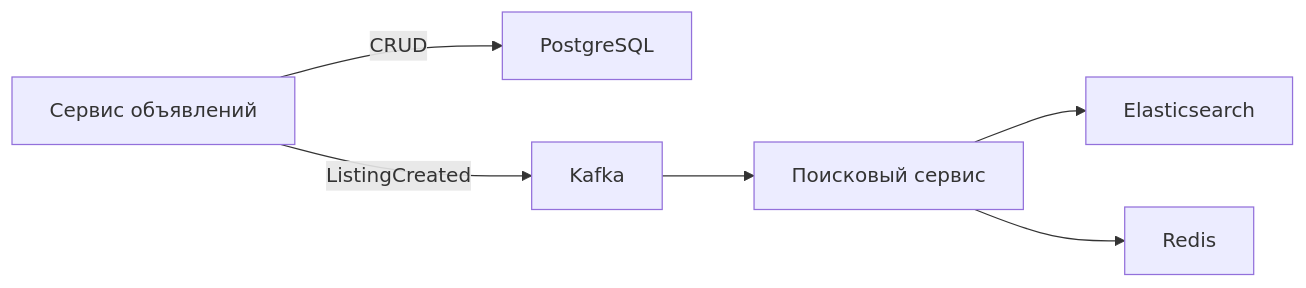
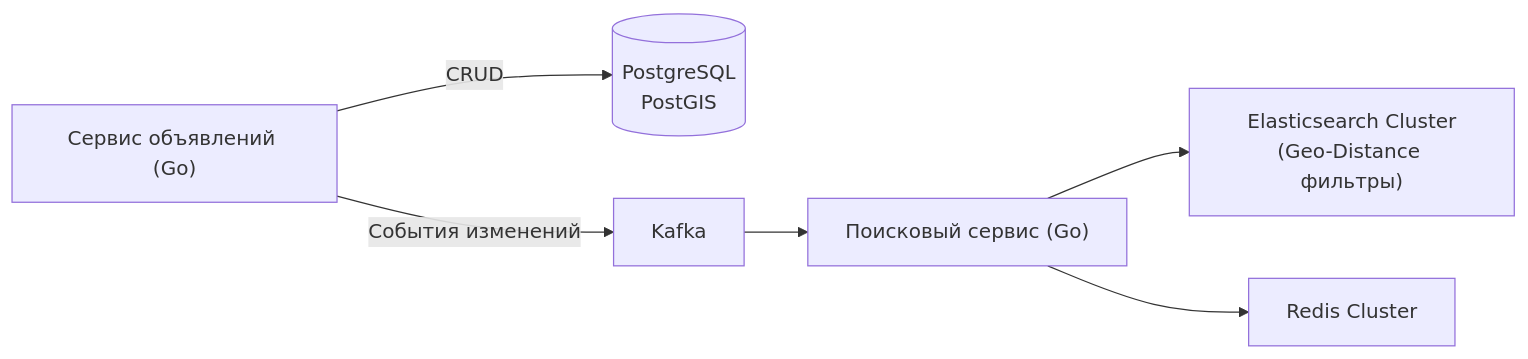
One commit to UnrealTemplier/go-textbook changed the seventh of 10 diagrams in sources/11. Архитектура и System Design/52. Разбор типичных System Design задач.md. Above: the diagram before and after it, drawn with Mermaid. The commit also changed other lines of this file, not shown here.

````diff
--- a/sources/11. Архитектура и System Design/52. Разбор типичных System Design задач.md
+++ b/sources/11. Архитектура и System Design/52. Разбор типичных System Design задач.md
@@ -306,13 +342,12 @@
 ```mermaid
 flowchart LR
-    ListingSvc["Сервис объявлений"]
-    SearchSvc["Поисковый сервис"]
-    Elastic["Elasticsearch"]
-    DB["PostgreSQL"]
-    Cache["Redis"]
+    ListingSvc["Сервис объявлений (Go)"]
+    SearchSvc["Поисковый сервис (Go)"]
+    Elastic["Elasticsearch Cluster<br>(Geo-Distance фильтры)"]
+    DB[("PostgreSQL<br>PostGIS")]
+    Cache["Redis Cluster"]
 
     ListingSvc -->|"CRUD"| DB
-    ListingSvc -->|"ListingCreated"| Kafka
-    Kafka --> SearchSvc --> Elastic
+    ListingSvc -->|"События изменений"| Kafka --> SearchSvc --> Elastic
     SearchSvc --> Cache
 ```
````
